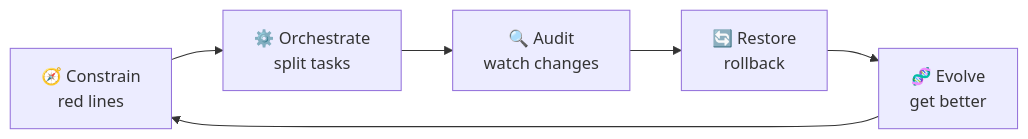
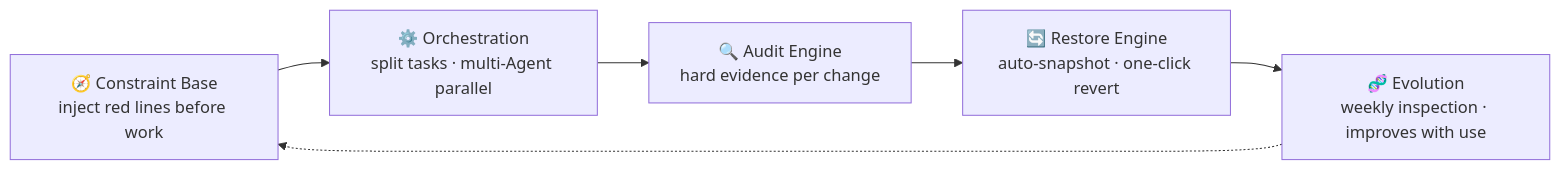
The second of 2 diagrams in README.en.md (KongFangXun/sofagent), drawn with Mermaid before and after one commit. The commit also changed other lines of this file and 1 other file, not shown here.

````diff
--- a/README.en.md
+++ b/README.en.md
@@ -270,8 +138,8 @@
 ```mermaid
 flowchart LR
-    A[🧭 Constrain<br/>red lines] --> B[⚙️ Orchestrate<br/>split tasks]
-    B --> C[🔍 Audit<br/>watch changes]
-    C --> D[🔄 Restore<br/>rollback]
-    D --> E[🧬 Evolve<br/>get better]
-    E --> A
+    CB[🧭 Constraint Base<br/>inject red lines before work] --> OR[⚙️ Orchestration<br/>split tasks · multi-Agent parallel]
+    OR --> AU[🔍 Audit Engine<br/>hard evidence per change]
+    AU --> RE[🔄 Restore Engine<br/>auto-snapshot · one-click revert]
+    RE --> EV[🧬 Evolution<br/>weekly inspection · improves with use]
+    EV -.-> CB
 ```
````
